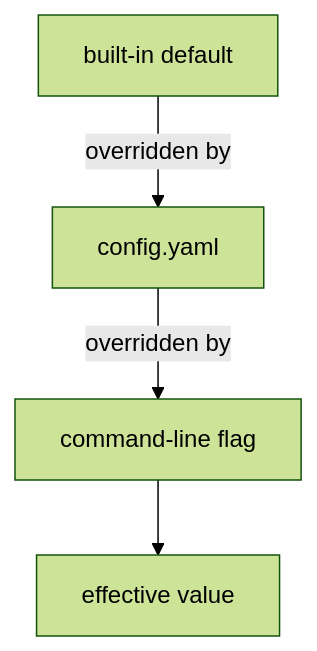
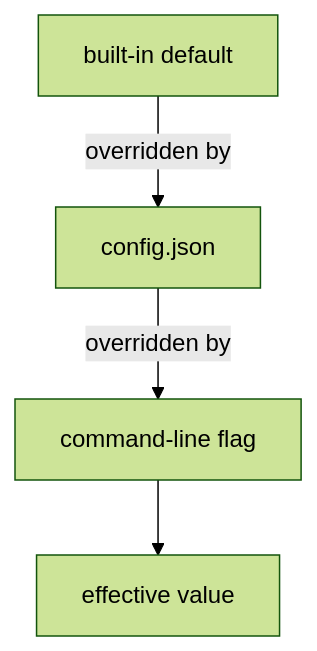
The first of 2 diagrams in docs/reference/configuration.md (rohanthewiz/cats), drawn with Mermaid (forest theme) before and after one commit. The commit also changed other lines of this file and 37 other files, not shown here.

First line of the commit message:
settings: one config.json and a tabbed Settings screen (⌘,)

````diff
--- a/docs/reference/configuration.md
+++ b/docs/reference/configuration.md
@@ -11,11 +28,11 @@
 ```mermaid
 flowchart TD
   D["built-in default"]
-  C["config.yaml"]
+  C["config.json"]
   F["command-line flag"]
   E["effective value"]
 
   D -->|"overridden by"| C
   C -->|"overridden by"| F
   F --> E
 ```
````
